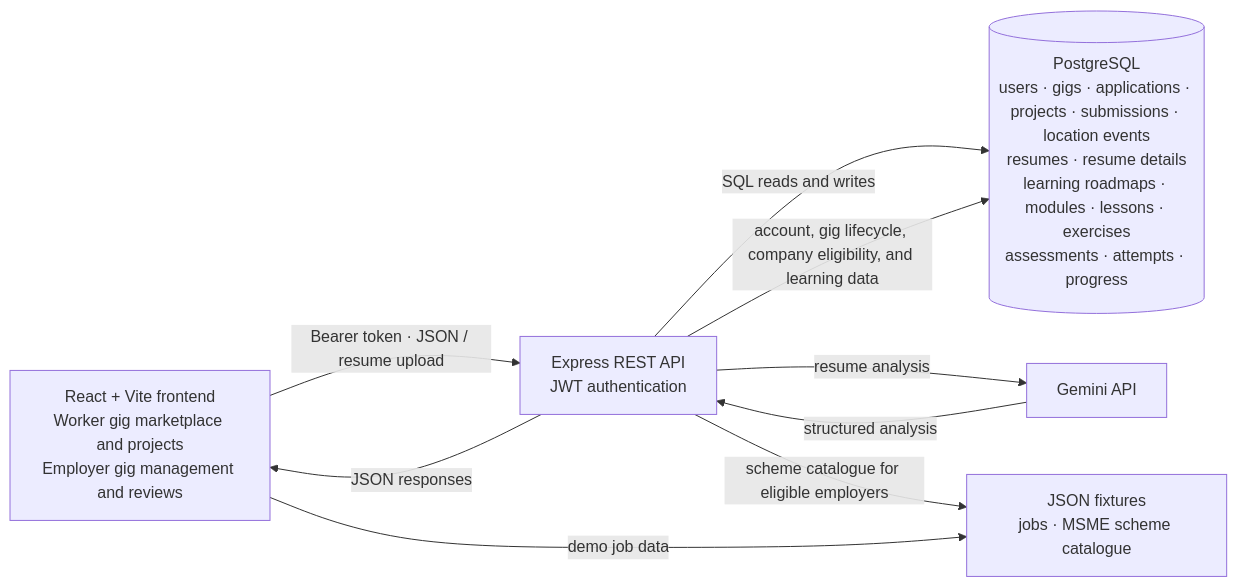
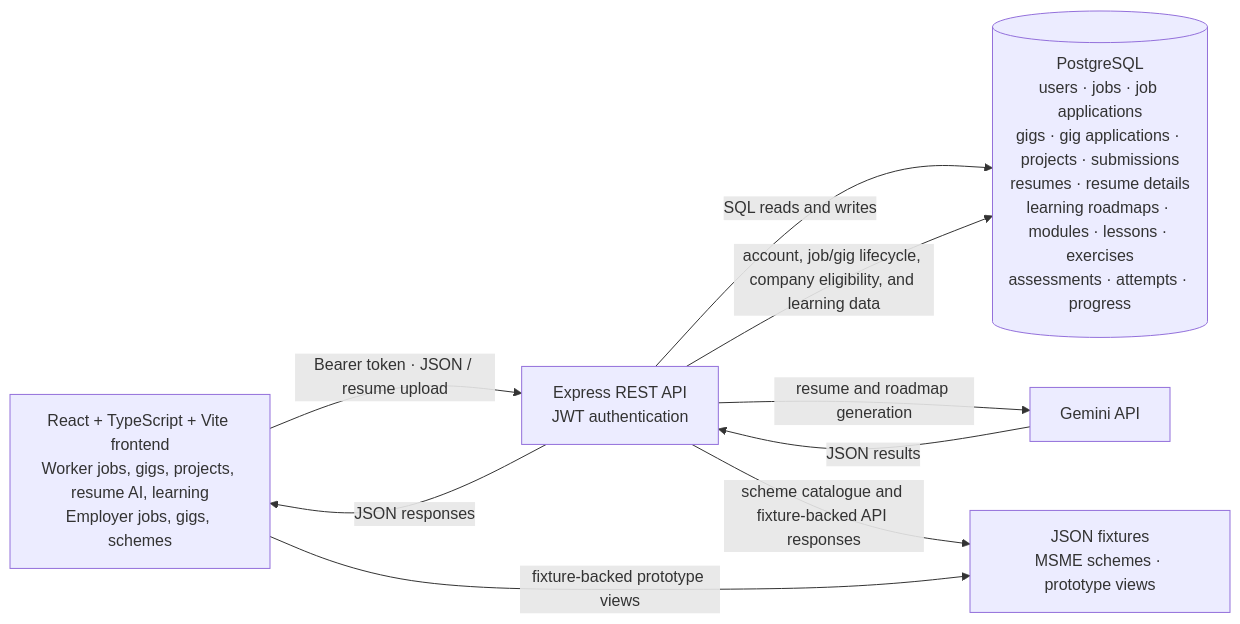
Before and after one commit to NishiNincia/CareerCrafts: the first of 3 diagrams in README.md, drawn with Mermaid. The commit also changed other lines of this file and 2 other files, not shown here.

````diff
--- a/README.md
+++ b/README.md
@@ -10,16 +13,16 @@
 ```mermaid
 flowchart LR
-    Browser["React + Vite frontend<br/>Worker gig marketplace and projects<br/>Employer gig management and reviews"]
+    Browser["React + TypeScript + Vite frontend<br/>Worker jobs, gigs, projects, resume AI, learning<br/>Employer jobs, gigs, schemes"]
     API["Express REST API<br/>JWT authentication"]
-    DB[("PostgreSQL<br/>users · gigs · applications · projects · submissions · location events<br/>resumes · resume details<br/>learning roadmaps · modules · lessons · exercises<br/>assessments · attempts · progress")]
+    DB[("PostgreSQL<br/>users · jobs · job applications<br/>gigs · gig applications · projects · submissions<br/>resumes · resume details<br/>learning roadmaps · modules · lessons · exercises<br/>assessments · attempts · progress")]
     AI["Gemini API"]
-    Fixtures["JSON fixtures<br/>jobs · MSME scheme catalogue"]
+    Fixtures["JSON fixtures<br/>MSME schemes · prototype views"]
     Browser -->|"Bearer token · JSON / resume upload"| API
     API -->|"SQL reads and writes"| DB
-    API -->|"resume analysis"| AI
-    AI -->|"structured analysis"| API
-    API -->|"account, gig lifecycle, company eligibility, and learning data"| DB
-    API -->|"scheme catalogue for eligible employers"| Fixtures
-    Browser -->|"demo job data"| Fixtures
+    API -->|"resume and roadmap generation"| AI
+    AI -->|"JSON results"| API
+    API -->|"account, job/gig lifecycle, company eligibility, and learning data"| DB
+    API -->|"scheme catalogue and fixture-backed API responses"| Fixtures
+    Browser -->|"fixture-backed prototype views"| Fixtures
     API -->|"JSON responses"| Browser
 ```
````
